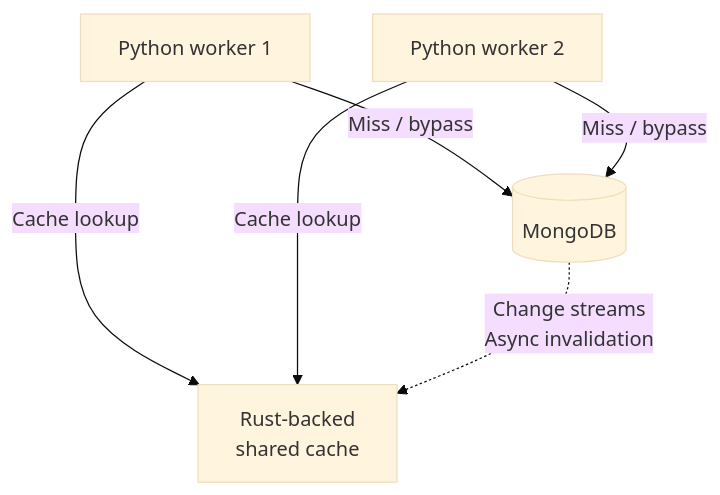
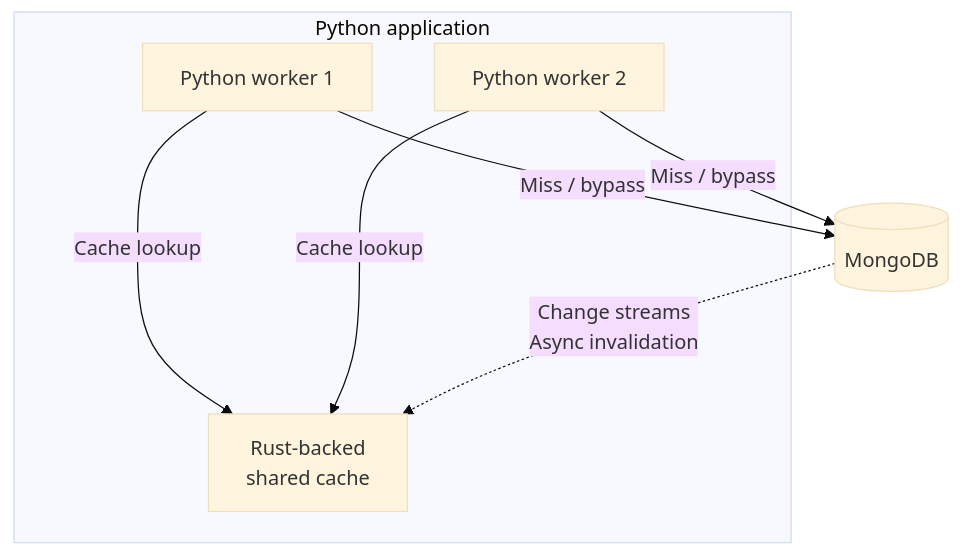
One commit to alessio-locatelli/client-query-cache changed the diagram in README.md. Above: the diagram before and after it, drawn with Mermaid (base theme).

Commit message:
docs: show application boundary in cache diagram
Group both workers and the shared cache because the cache owner belongs
 to the Python application. Keep MongoDB outside the boundary to distinguish
 application-owned processes from the database.

````diff
--- a/README.md
+++ b/README.md
@@ -19,8 +19,10 @@
 ```mermaid
 flowchart TB
-    Worker1["Python worker 1"] -->|"Cache lookup"| Cache["Rust-backed<br/>shared cache"]
-    Worker2["Python worker 2"] -->|"Cache lookup"| Cache
+    subgraph Application["Python application"]
+        Worker1["Python worker 1"] -->|"Cache lookup"| Cache["Rust-backed<br/>shared cache"]
+        Worker2["Python worker 2"] -->|"Cache lookup"| Cache
+    end
     Worker1 -->|"Miss / bypass"| DB[("MongoDB")]
     Worker2 -->|"Miss / bypass"| DB
     DB -.->|"Change streams<br/>Async invalidation"| Cache
 ```
````
